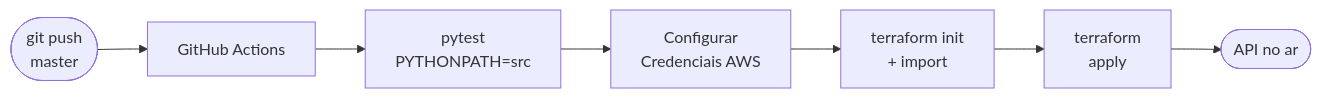
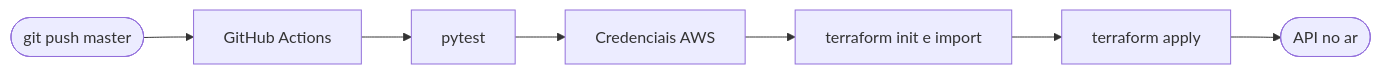
One commit to sophie-pyxis/mlops_engineer_test_01 changed the third of 3 diagrams in README.md. Above: the diagram before and after it, drawn with Mermaid. The commit also changed other lines of this file, not shown here.

Commit message:
docs(README): corrige labels dos diagramas Mermaid removendo quebras de linha incompatíveis

````diff
--- a/README.md
+++ b/README.md
@@ -171,9 +178,17 @@
 ```mermaid
 flowchart LR
-    Push([git push\nmaster]) --> GHA[GitHub Actions]
-    GHA --> Test[pytest\nPYTHONPATH=src]
-    Test --> Creds[Configurar\nCredenciais AWS]
-    Creds --> TFInit[terraform init\n+ import]
-    TFInit --> TFApply[terraform\napply]
-    TFApply --> Deploy([API no ar])
+    Push([git push master])
+    GHA[GitHub Actions]
+    Test[pytest]
+    Creds[Credenciais AWS]
+    TFInit[terraform init e import]
+    TFApply[terraform apply]
+    Deploy([API no ar])
+
+    Push --> GHA
+    GHA --> Test
+    Test --> Creds
+    Creds --> TFInit
+    TFInit --> TFApply
+    TFApply --> Deploy
 ```
````
